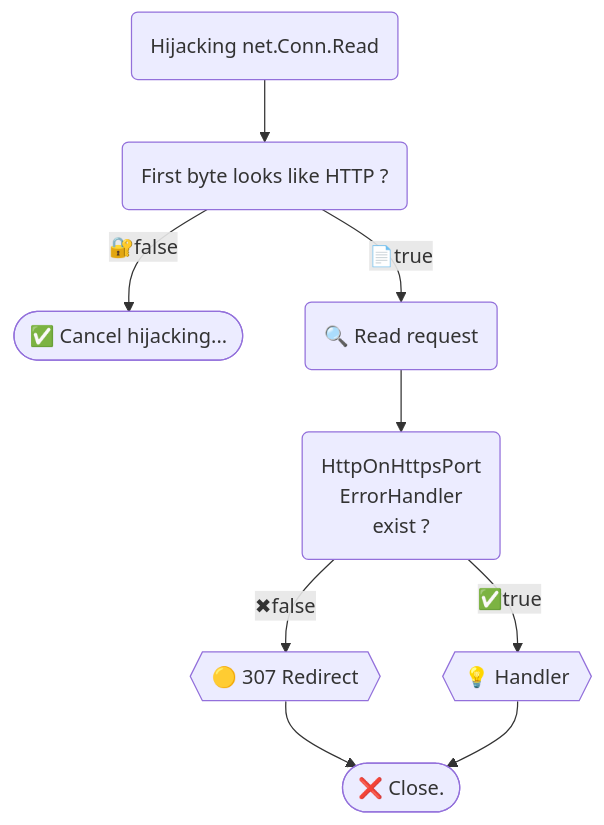
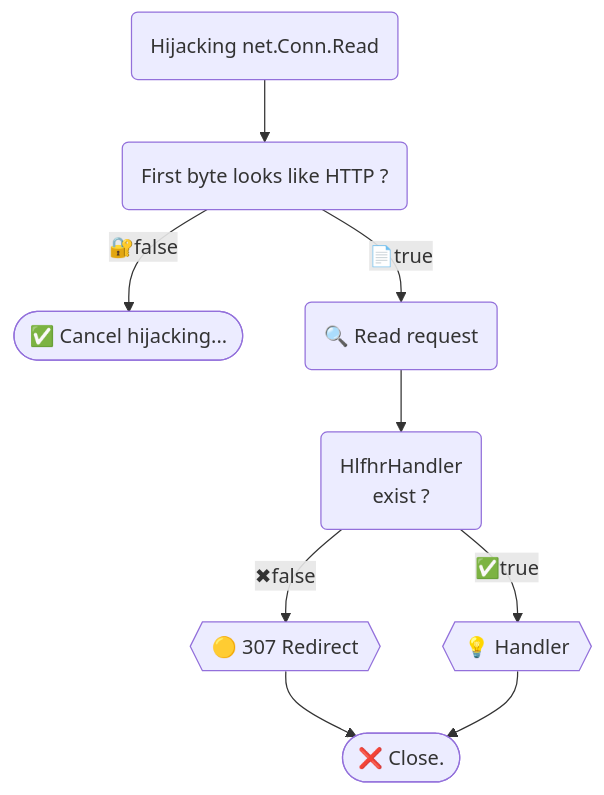
Before and after one commit to bddjr/hlfhr: the diagram in README.md, drawn with Mermaid. The commit also changed other lines of this file and 21 other files, not shown here.

````diff
--- a/README.md
+++ b/README.md
@@ -39,27 +39,26 @@
 ```mermaid
 flowchart TD
 	Read("Hijacking net.Conn.Read")
 
 	IsLooksLikeHTTP("First byte looks like HTTP ?")
 
 	CancelHijacking(["✅ Cancel hijacking..."])
 
 	ReadRequest("🔍 Read request")
 
 	IsHandlerExist("`
-	HttpOnHttpsPort
-	ErrorHandler
+	HlfhrHandler
 	exist ?`")
 
 	Redirect{{"🟡 307 Redirect"}}
 
 	Handler{{"💡 Handler"}}
 
 	Close(["❌ Close."])
 
     Read --> IsLooksLikeHTTP
     IsLooksLikeHTTP -- "🔐false" --> CancelHijacking
     IsLooksLikeHTTP -- "📄true" --> ReadRequest --> IsHandlerExist
 	IsHandlerExist -- "✖false" --> Redirect --> Close
 	IsHandlerExist -- "✅true" --> Handler --> Close
 ```
````
